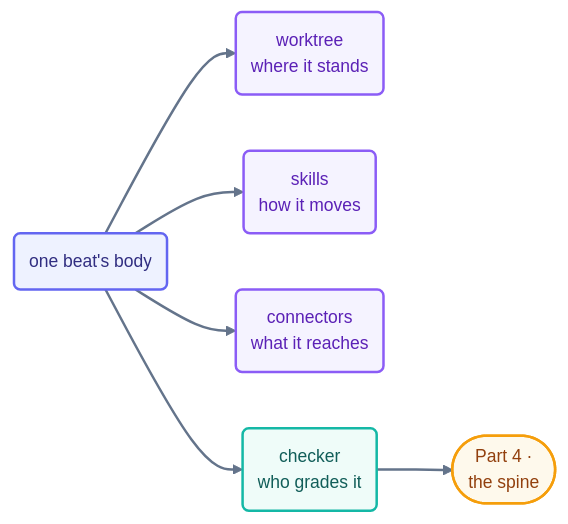
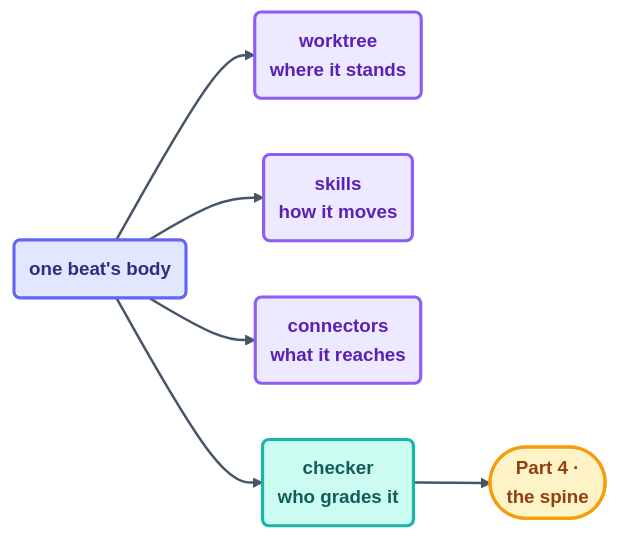
Before and after one commit to ayeshakhalid192007-dev/LoopEngineering-CrashCourse: the diagram in docs/05-part-3-the-body/README.md, drawn with Mermaid. The commit also changed 66 other files, not shown here.

First line of the commit message:
docs(diagrams): visibly bolder pass — deeper fills, heavier strokes, semibold labels

````diff
--- a/docs/05-part-3-the-body/README.md
+++ b/docs/05-part-3-the-body/README.md
@@ -17,14 +17,14 @@
 ```mermaid
-%%{init: {'theme':'base','themeVariables':{'fontFamily':'ui-sans-serif, system-ui, sans-serif','fontSize':'14px','lineColor':'#64748b','edgeLabelBackground':'#f8fafc'},'flowchart':{'curve':'basis','nodeSpacing':45,'rankSpacing':55,'padding':12}}}%%
+%%{init: {'theme':'base','themeVariables':{'fontFamily':'ui-sans-serif, system-ui, sans-serif','fontSize':'15px','lineColor':'#475569','edgeLabelBackground':'#f8fafc'},'flowchart':{'curve':'basis','nodeSpacing':45,'rankSpacing':55,'padding':12}}}%%
 flowchart LR
     B("one beat's body"):::beat --> WT("worktree<br/>where it stands"):::cfg
     B --> SK("skills<br/>how it moves"):::cfg
     B --> MC("connectors<br/>what it reaches"):::cfg
     B --> CK("checker<br/>who grades it"):::check
     CK --> NEXT(["Part 4 ·<br/>the spine"]):::next
-    linkStyle default stroke:#64748b,stroke-width:2px;
-    classDef beat fill:#eef2ff,stroke:#6366f1,stroke-width:2px,color:#312e81;
-    classDef cfg fill:#f5f3ff,stroke:#8b5cf6,stroke-width:2px,color:#5b21b6;
-    classDef check fill:#effcf9,stroke:#14b8a6,stroke-width:2px,color:#115e59;
-    classDef next fill:#fef9ec,stroke:#f59e0b,stroke-width:2px,color:#92400e;
+    linkStyle default stroke:#475569,stroke-width:2px;
+    classDef beat fill:#e0e7ff,stroke:#6366f1,stroke-width:2.5px,color:#312e81,font-weight:600;
+    classDef cfg fill:#ede9fe,stroke:#8b5cf6,stroke-width:2.5px,color:#5b21b6,font-weight:600;
+    classDef check fill:#ccfbf1,stroke:#14b8a6,stroke-width:2.5px,color:#115e59,font-weight:600;
+    classDef next fill:#fef3c7,stroke:#f59e0b,stroke-width:2.5px,color:#92400e,font-weight:600;
 ```
````
